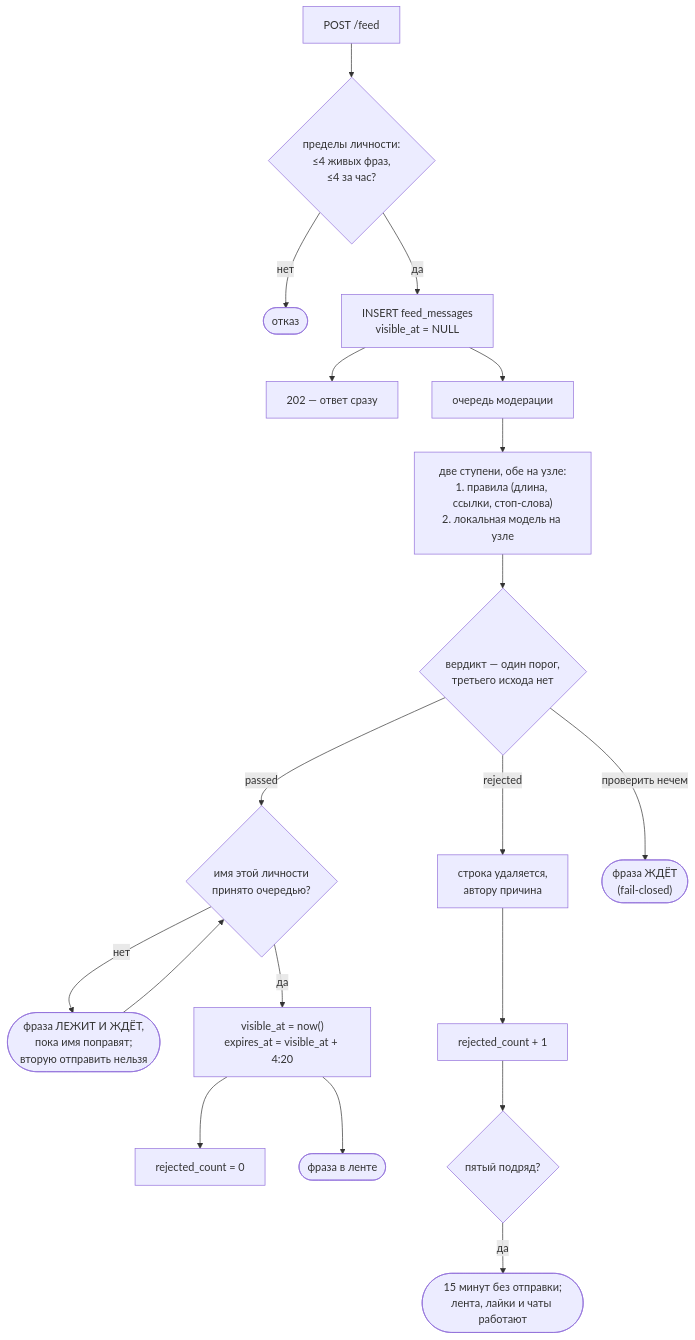
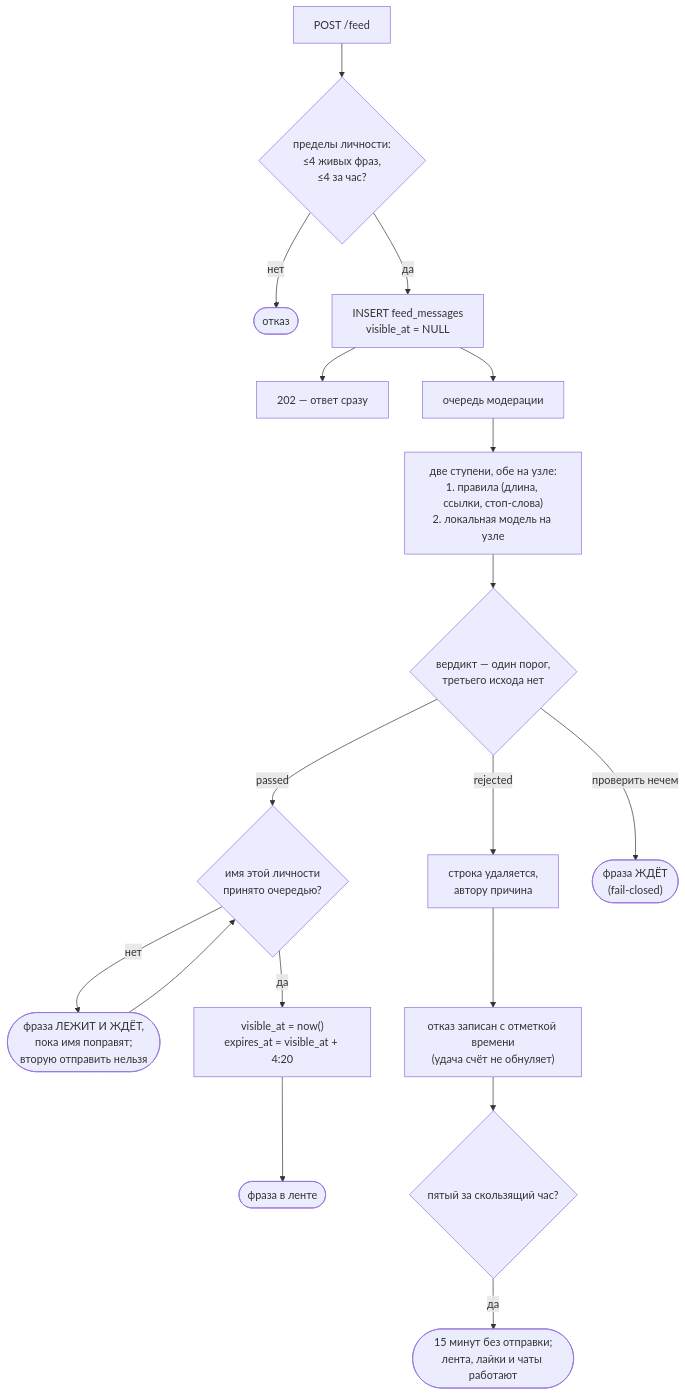
The seventh of 30 diagrams in docs/chat-flows_RU.md (panov-id/xor.ad), drawn with Mermaid before and after one commit. The commit also changed other lines of this file and 10 other files, not shown here.

First line of the commit message:
Count refusals from every queued text, let the node hold table timers, and keep the game going past a block

````diff
--- a/docs/chat-flows_RU.md
+++ b/docs/chat-flows_RU.md
@@ -218,21 +218,20 @@
 ```mermaid
 flowchart TD
   post["POST /feed"] --> limits{"пределы личности:<br/>≤4 живых фраз,<br/>≤4 за час?"}
   limits -- "нет" --> refuse(["отказ"])
   limits -- "да" --> insert["INSERT feed_messages<br/>visible_at = NULL"]
   insert --> ans["202 — ответ сразу"]
   insert --> queue["очередь модерации"]
   queue --> ladder["две ступени, обе на узле:<br/>1. правила #40;длина, ссылки, стоп-слова#41;<br/>2. локальная модель на узле"]
   ladder --> verdict{"вердикт — один порог,<br/>третьего исхода нет"}
   verdict -- "passed" --> name{"имя этой личности<br/>принято очередью?"}
   name -- "нет" --> hold(["фраза ЛЕЖИТ И ЖДЁТ,<br/>пока имя поправят;<br/>вторую отправить нельзя"])
   hold --> name
   name -- "да" --> live["visible_at = now#40;#41;<br/>expires_at = visible_at + 4:20"]
-  live --> zero["rejected_count = 0"]
   live --> shown(["фраза в ленте"])
   verdict -- "rejected" --> del["строка удаляется,<br/>автору причина"]
-  del --> count["rejected_count + 1"]
-  count --> block{"пятый подряд?"}
+  del --> count["отказ записан с отметкой времени<br/>#40;удача счёт не обнуляет#41;"]
+  count --> block{"пятый за скользящий час?"}
   block -- "да" --> mute(["15 минут без отправки;<br/>лента, лайки и чаты работают"])
   verdict -- "проверить нечем" --> wait(["фраза ЖДЁТ<br/>#40;fail-closed#41;"])
 ```
````
